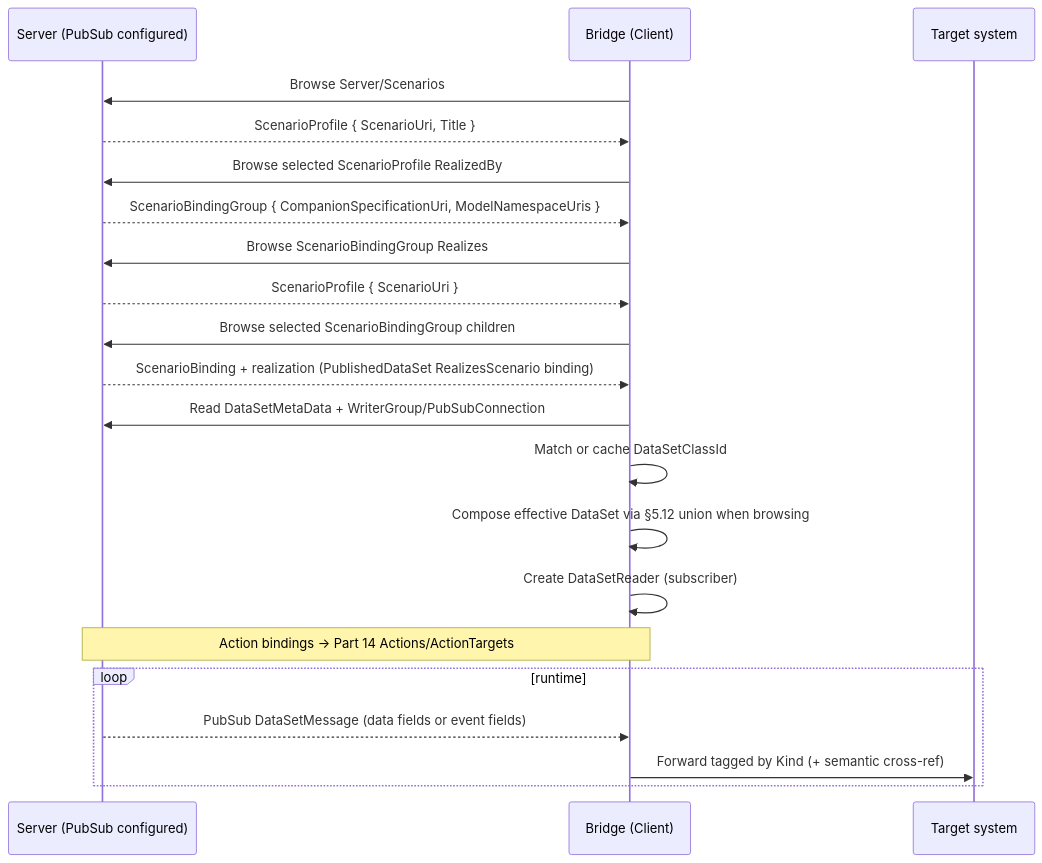
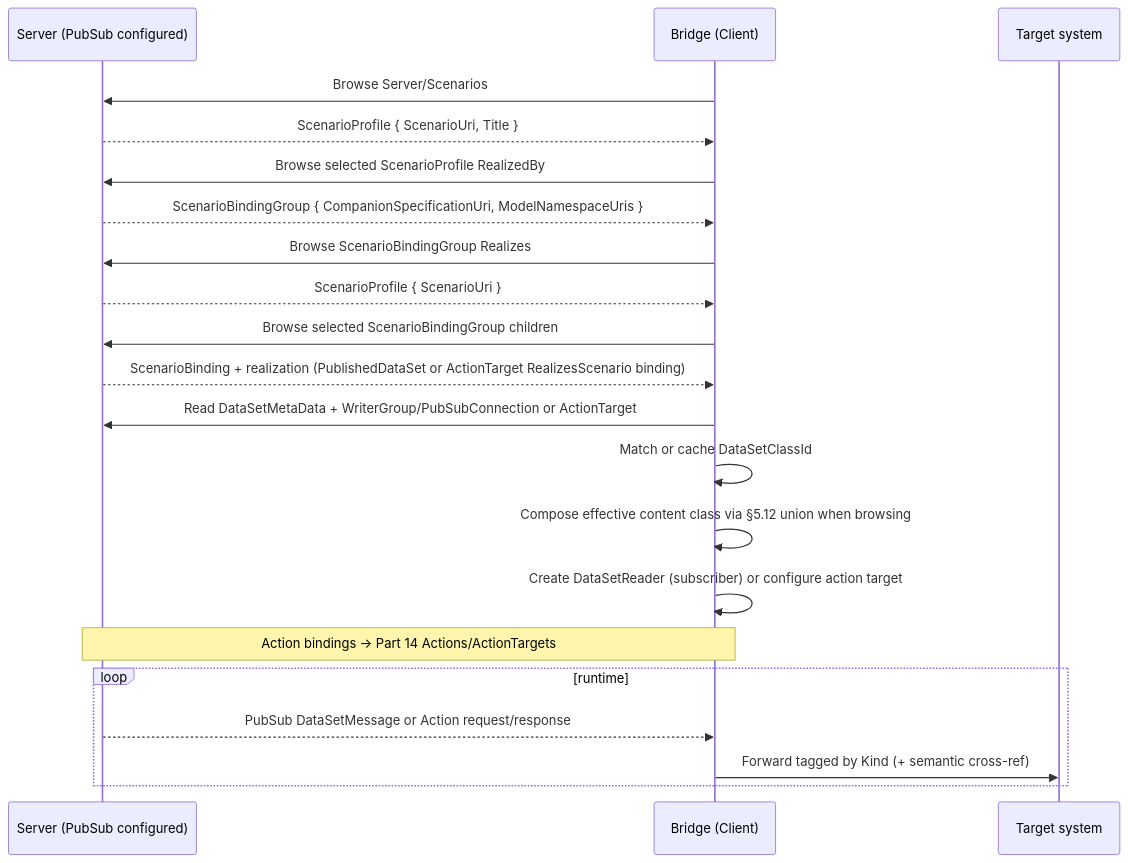
One commit to marcschier/opcua-drafts changed the sixth of 7 diagrams in core-specs/scenario-binding/OPC-UA-Scenario-Bindings.md. Above: the diagram before and after it, drawn with Mermaid. The commit also changed other lines of this file and 25 other files, not shown here.

````diff
--- a/core-specs/scenario-binding/OPC-UA-Scenario-Bindings.md
+++ b/core-specs/scenario-binding/OPC-UA-Scenario-Bindings.md
@@ -576,23 +587,23 @@
 ```mermaid
 sequenceDiagram
   participant S as Server (PubSub configured)
   participant B as Bridge (Client)
   participant X as Target system
   B->>S: Browse Server/Scenarios
   S-->>B: ScenarioProfile { ScenarioUri, Title }
   B->>S: Browse selected ScenarioProfile RealizedBy
   S-->>B: ScenarioBindingGroup { CompanionSpecificationUri, ModelNamespaceUris }
   B->>S: Browse ScenarioBindingGroup Realizes
   S-->>B: ScenarioProfile { ScenarioUri }
   B->>S: Browse selected ScenarioBindingGroup children
-  S-->>B: ScenarioBinding + realization (PublishedDataSet RealizesScenario binding)
-  B->>S: Read DataSetMetaData + WriterGroup/PubSubConnection
+  S-->>B: ScenarioBinding + realization (PublishedDataSet or ActionTarget RealizesScenario binding)
+  B->>S: Read DataSetMetaData + WriterGroup/PubSubConnection or ActionTarget
   B->>B: Match or cache DataSetClassId
-  B->>B: Compose effective DataSet via §5.12 union when browsing
-  B->>B: Create DataSetReader (subscriber)
+  B->>B: Compose effective content class via §5.12 union when browsing
+  B->>B: Create DataSetReader (subscriber) or configure action target
   Note over S,B: Action bindings -> Part 14 Actions/ActionTargets
   loop runtime
-    S-->>B: PubSub DataSetMessage (data fields or event fields)
+    S-->>B: PubSub DataSetMessage or Action request/response
     B->>X: Forward tagged by Kind (+ semantic cross-ref)
   end
 ```
````
